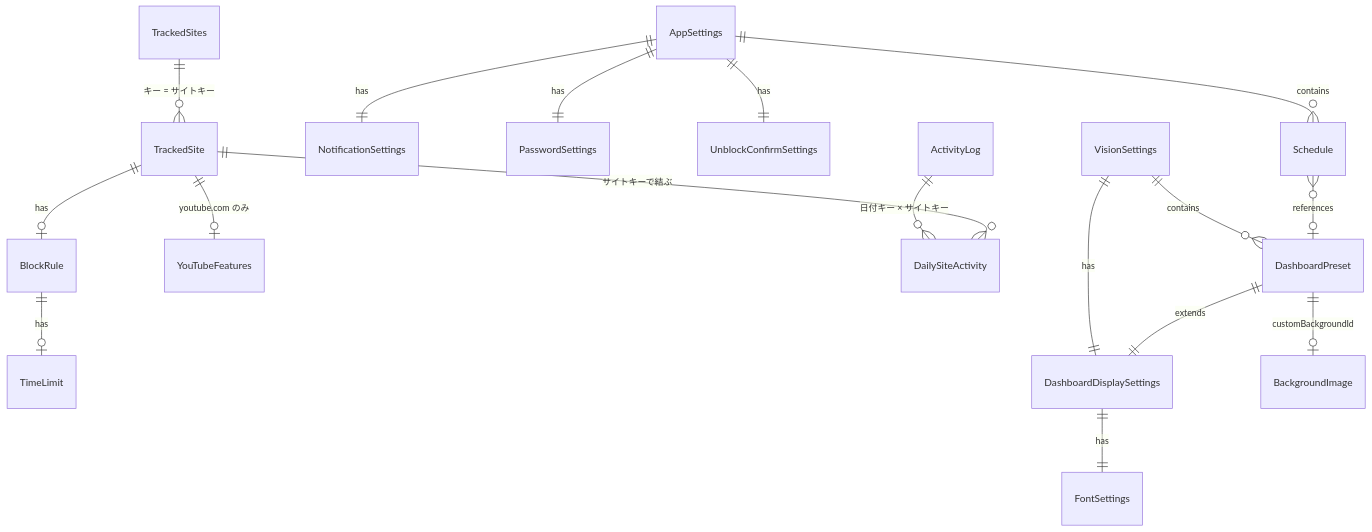
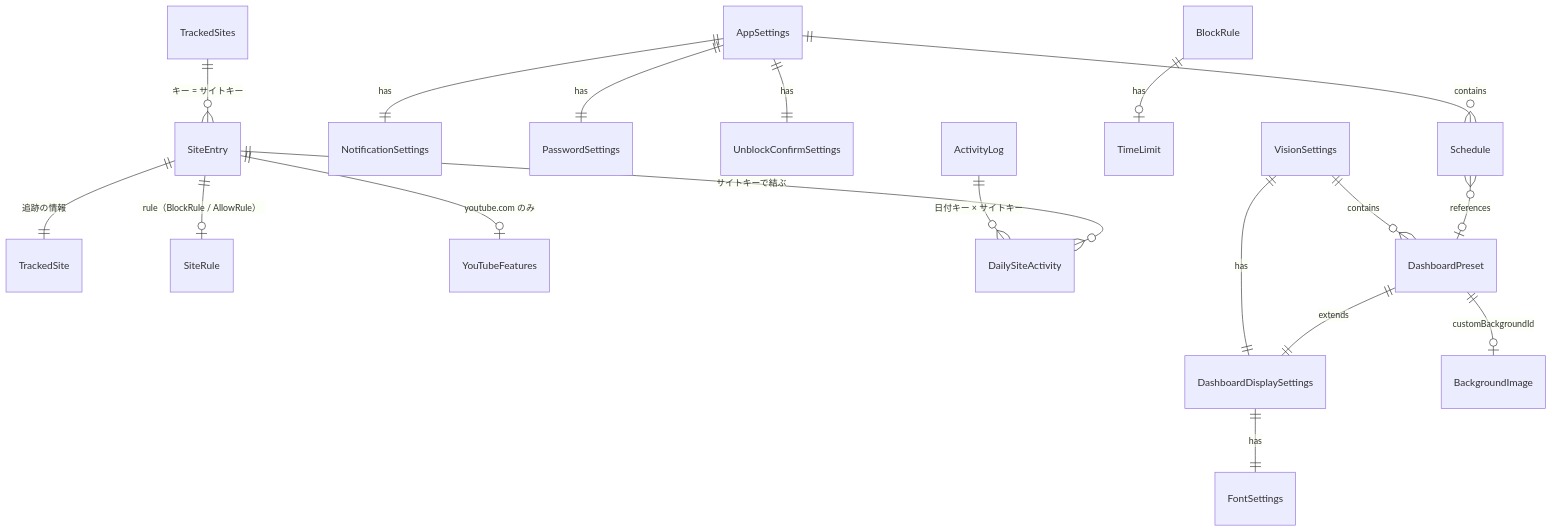
The diagram in docs/DATA_MODEL.md (machina-gg/vision-focus), drawn with Mermaid before and after one commit. The commit also changed other lines of this file and 72 other files, not shown here.

````diff
--- a/docs/DATA_MODEL.md
+++ b/docs/DATA_MODEL.md
@@ -34,22 +34,23 @@
 ```mermaid
 erDiagram
     AppSettings ||--o{ Schedule : contains
     AppSettings ||--|| NotificationSettings : has
     AppSettings ||--|| PasswordSettings : has
     AppSettings ||--|| UnblockConfirmSettings : has
 
-    TrackedSites ||--o{ TrackedSite : "キー = サイトキー"
-    TrackedSite ||--o| BlockRule : has
-    TrackedSite ||--o| YouTubeFeatures : "youtube.com のみ"
+    TrackedSites ||--o{ SiteEntry : "キー = サイトキー"
+    SiteEntry ||--|| TrackedSite : "追跡の情報"
+    SiteEntry ||--o| SiteRule : "rule（BlockRule / AllowRule）"
+    SiteEntry ||--o| YouTubeFeatures : "youtube.com のみ"
     BlockRule ||--o| TimeLimit : has
 
     ActivityLog ||--o{ DailySiteActivity : "日付キー × サイトキー"
-    TrackedSite ||--o{ DailySiteActivity : "サイトキーで結ぶ"
+    SiteEntry ||--o{ DailySiteActivity : "サイトキーで結ぶ"
 
     VisionSettings ||--|| DashboardDisplaySettings : has
     VisionSettings ||--o{ DashboardPreset : contains
     DashboardPreset ||--|| DashboardDisplaySettings : extends
     DashboardPreset ||--o| BackgroundImage : "customBackgroundId"
     DashboardDisplaySettings ||--|| FontSettings : has
     Schedule }o--o| DashboardPreset : references
 ```
````
